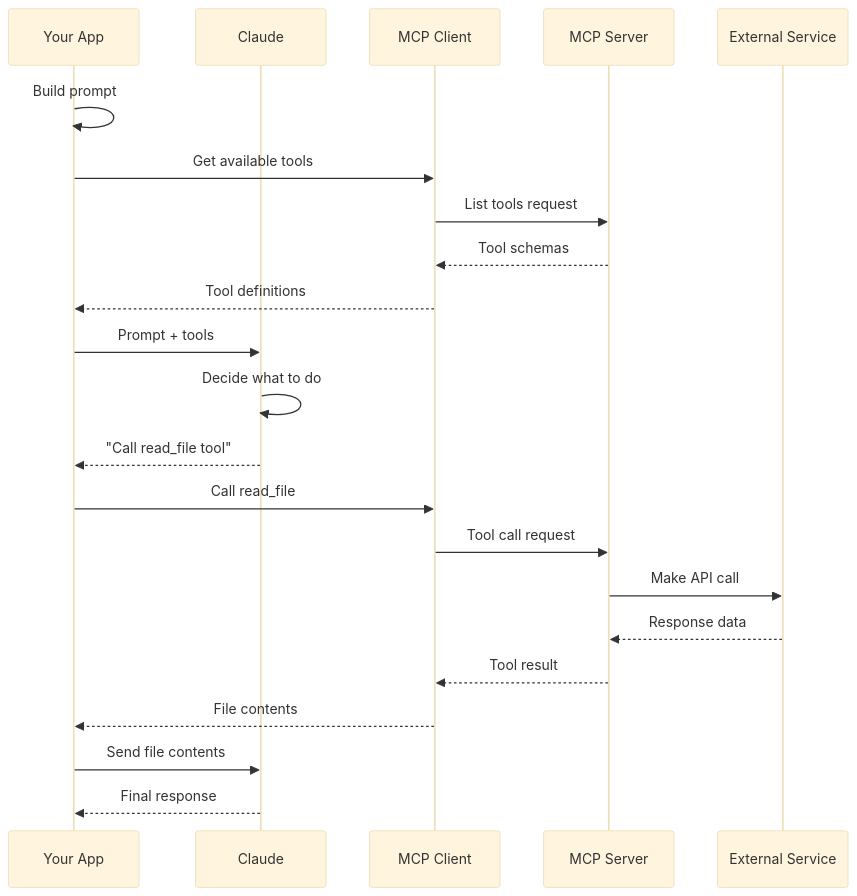
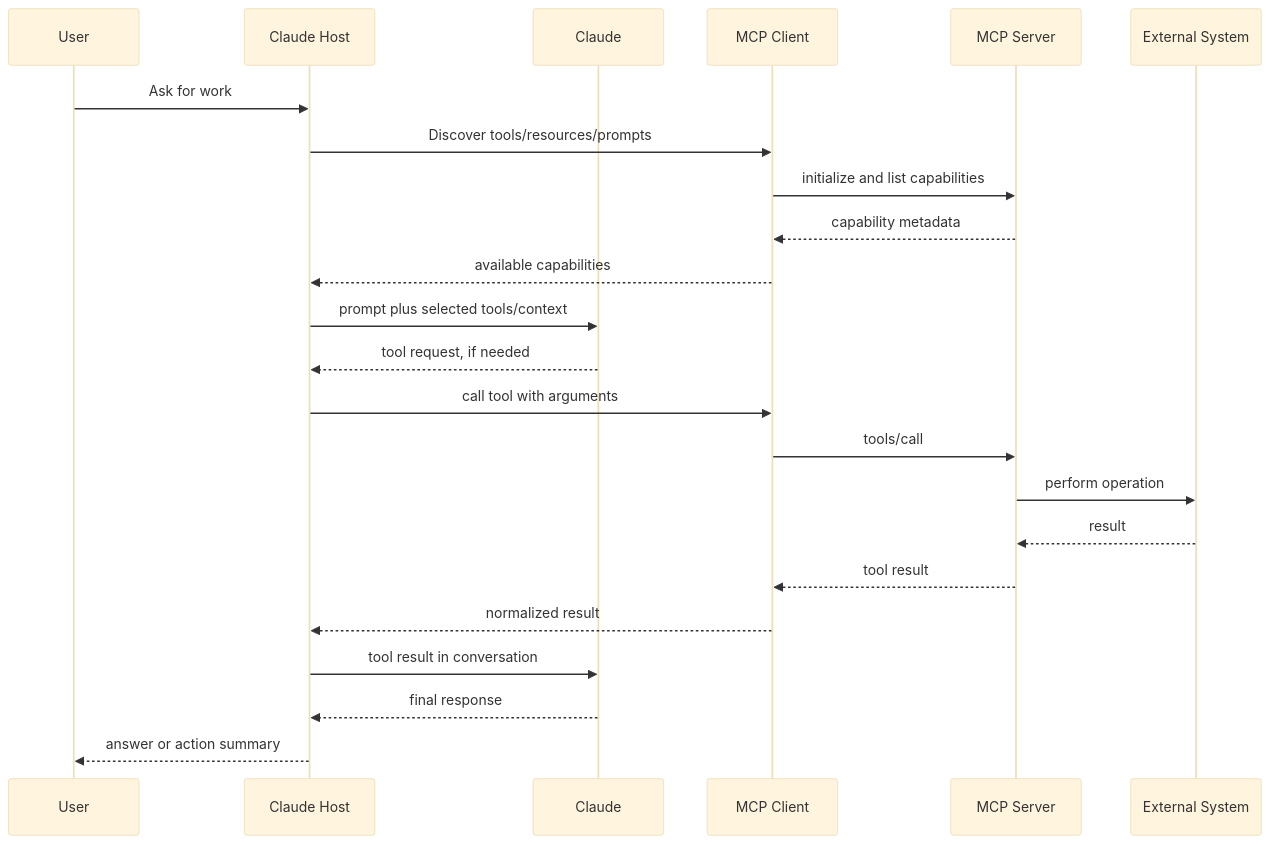
The second of 2 diagrams in docs/05_MCP.md (CagriCatik/claude-ollama-coder), drawn with Mermaid (base theme) before and after one commit. The commit also changed other lines of this file and 16 other files, not shown here.

````diff
--- a/docs/05_MCP.md
+++ b/docs/05_MCP.md
@@ -97,29 +108,26 @@
 ```mermaid
 sequenceDiagram
-    participant App as Your App
+    participant User
+    participant Host as Claude Host
     participant Claude
     participant Client as MCP Client
     participant Server as MCP Server
-    participant Service as External Service
+    participant API as External System
 
-    App->>App: Build prompt
-
-    App->>Client: Get available tools
-    Client->>Server: List tools request
-    Server-->>Client: Tool schemas
-    Client-->>App: Tool definitions
-
-    App->>Claude: Prompt + tools
-    Claude->>Claude: Decide what to do
-    Claude-->>App: "Call read_file tool"
-
-    App->>Client: Call read_file
-    Client->>Server: Tool call request
-    Server->>Service: Make API call
-    Service-->>Server: Response data
-    Server-->>Client: Tool result
-    Client-->>App: File contents
-
-    App->>Claude: Send file contents
-    Claude-->>App: Final response
+    User->>Host: Ask for work
+    Host->>Client: Discover tools/resources/prompts
+    Client->>Server: initialize and list capabilities
+    Server-->>Client: capability metadata
+    Client-->>Host: available capabilities
+    Host->>Claude: prompt plus selected tools/context
+    Claude-->>Host: tool request, if needed
+    Host->>Client: call tool with arguments
+    Client->>Server: tools/call
+    Server->>API: perform operation
+    API-->>Server: result
+    Server-->>Client: tool result
+    Client-->>Host: normalized result
+    Host->>Claude: tool result in conversation
+    Claude-->>Host: final response
+    Host-->>User: answer or action summary
 ```
````
